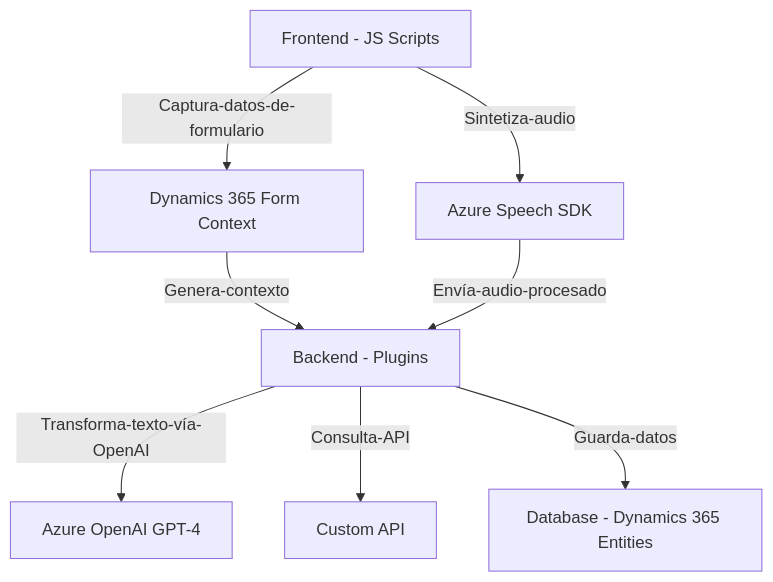
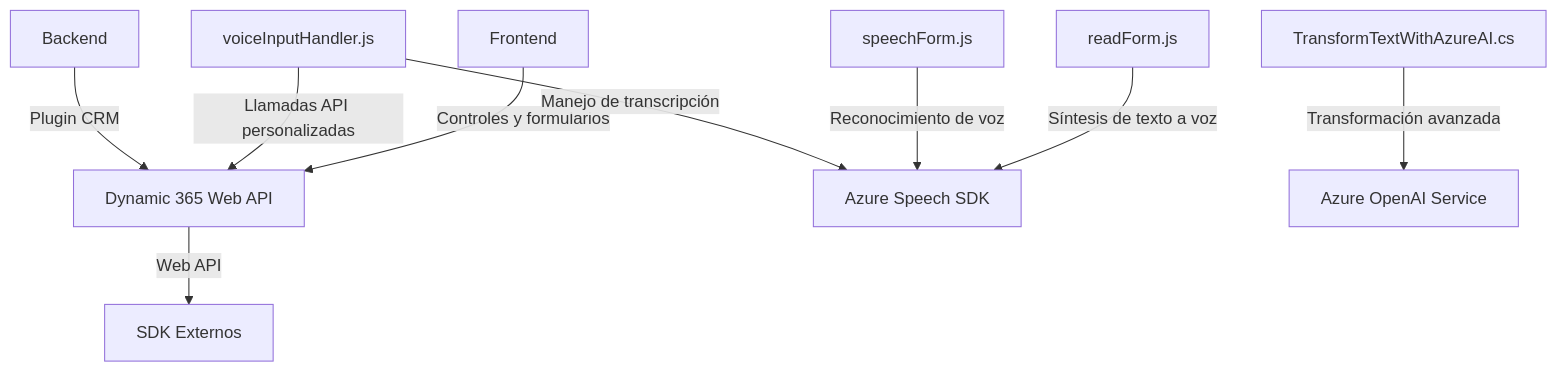
One commit to blopezdm/NETCORE_BILBAO2025 changed the diagram in README.md. Above: the diagram before and after it, drawn with Mermaid. The commit also changed other lines of this file, not shown here.

````diff
--- a/README.md
+++ b/README.md
@@ -38,19 +49,22 @@
 ```mermaid
 graph TD
-  A["Frontend - JS Scripts"]
-  B["Azure Speech SDK"]
-  C["Dynamics 365 Form Context"]
-  D["Backend - Plugins"]
-  E["Azure OpenAI GPT-4"]
-  F["Custom API"]
-  G["Database - Dynamics 365 Entities"]
+    A["Frontend"]
+    A1["readForm.js"]
+    A2["speechForm.js"]
+    A3["voiceInputHandler.js"]
+    B["SDK Externos"]
+    C["Backend"]
+    C1["TransformTextWithAzureAI.cs"]
+    D["Dynamic 365 Web API"]
+    E["Azure Speech SDK"]
+    F["Azure OpenAI Service"]
 
-  A -->|Captura-datos-de-formulario| C
-  A -->|Sintetiza-audio| B
-  
-  C -->|Genera-contexto| D
-  B -->|Envía-audio-procesado| D
-  D -->|Transforma-texto-vía-OpenAI| E
-  D -->|Consulta-API| F
-  D -->|Guarda-datos| G
+    A --Controles y formularios--> D
+    A1 --Síntesis de texto a voz--> E
+    A2 --Reconocimiento de voz--> E
+    A3 --Manejo de transcripción--> E
+    A3 --Llamadas API personalizadas--> D
+    C --Plugin CRM--> D
+    C1 --Transformación avanzada--> F
+    D --Web API--> B
 ```
````
